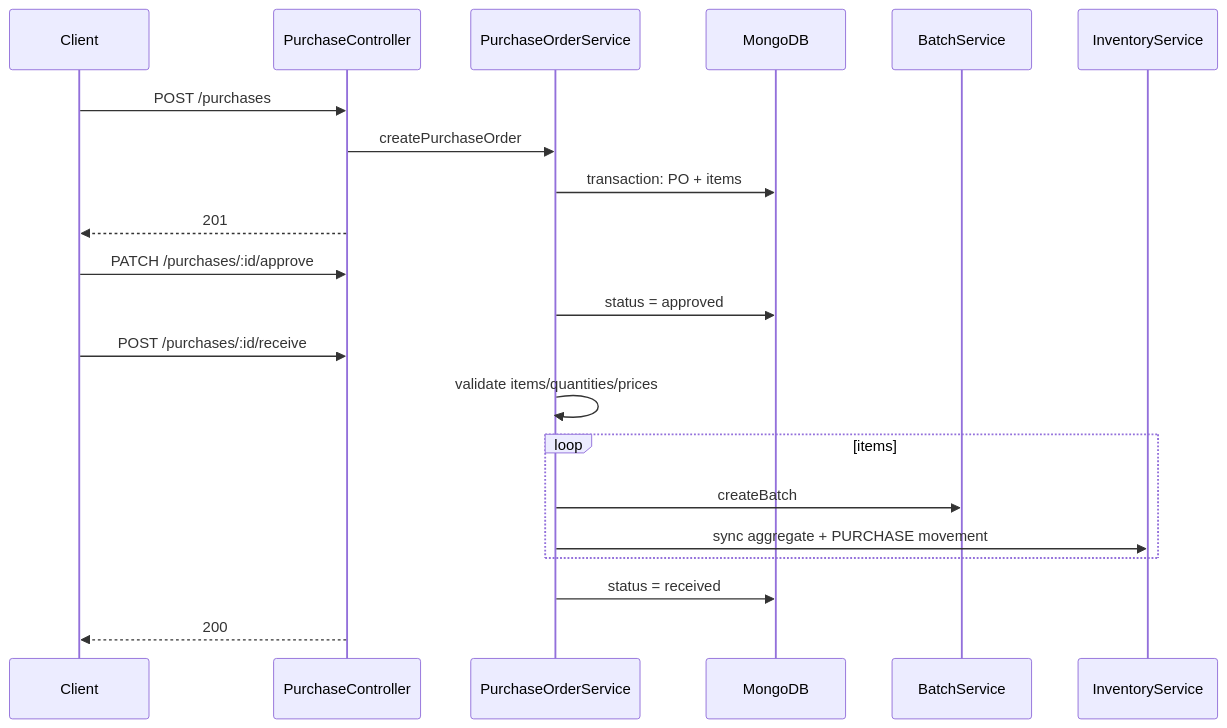
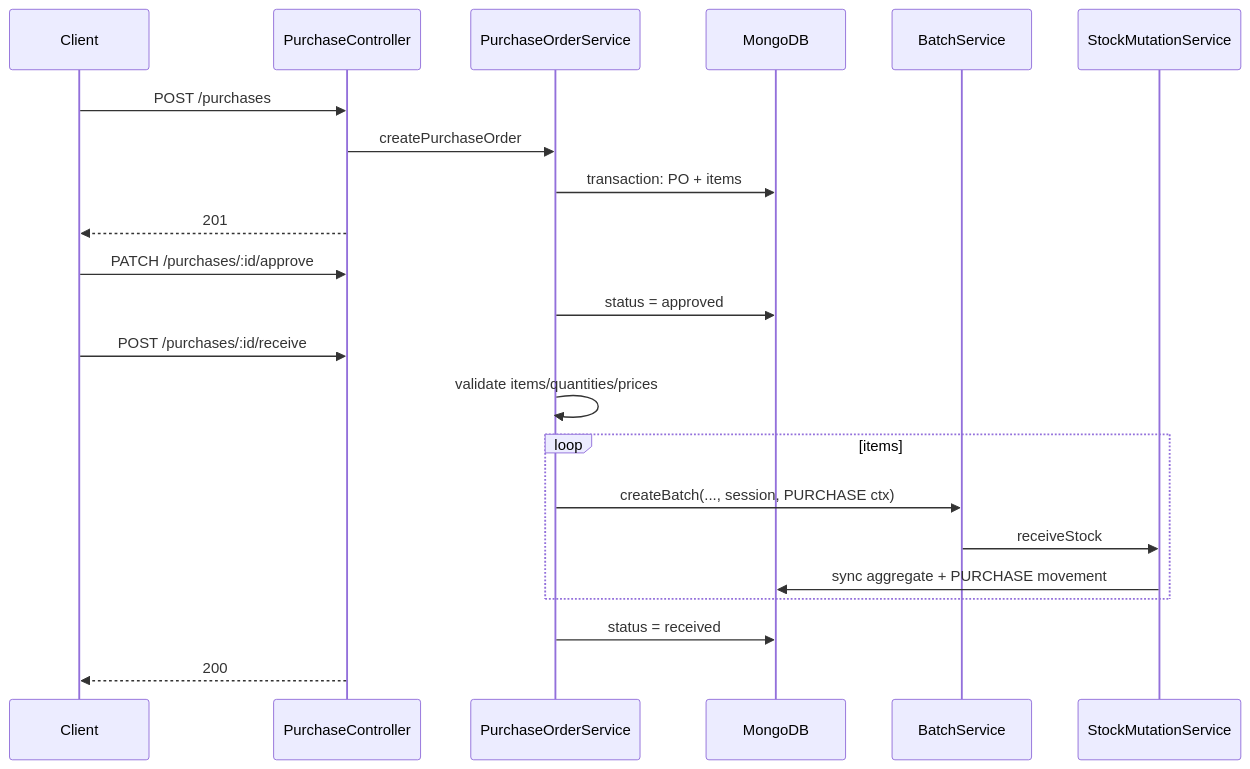
The second of 2 diagrams in server/docs/modules/purchases.md (aabhushanCD/spims), drawn with Mermaid before and after one commit. The commit also changed other lines of this file and 16 other files, not shown here.

````diff
--- a/server/docs/modules/purchases.md
+++ b/server/docs/modules/purchases.md
@@ -167,26 +165,27 @@
 ```mermaid
 sequenceDiagram
   participant C as Client
   participant PC as PurchaseController
   participant PS as PurchaseOrderService
   participant DB as MongoDB
   participant BS as BatchService
-  participant IS as InventoryService
+  participant SM as StockMutationService
 
   C->>PC: POST /purchases
   PC->>PS: createPurchaseOrder
   PS->>DB: transaction: PO + items
   PC-->>C: 201
 
   C->>PC: PATCH /purchases/:id/approve
   PS->>DB: status = approved
 
   C->>PC: POST /purchases/:id/receive
   PS->>PS: validate items/quantities/prices
   loop items
-    PS->>BS: createBatch
-    PS->>IS: sync aggregate + PURCHASE movement
+    PS->>BS: createBatch(..., session, PURCHASE ctx)
+    BS->>SM: receiveStock
+    SM->>DB: sync aggregate + PURCHASE movement
   end
   PS->>DB: status = received
   PC-->>C: 200
 ```
````
